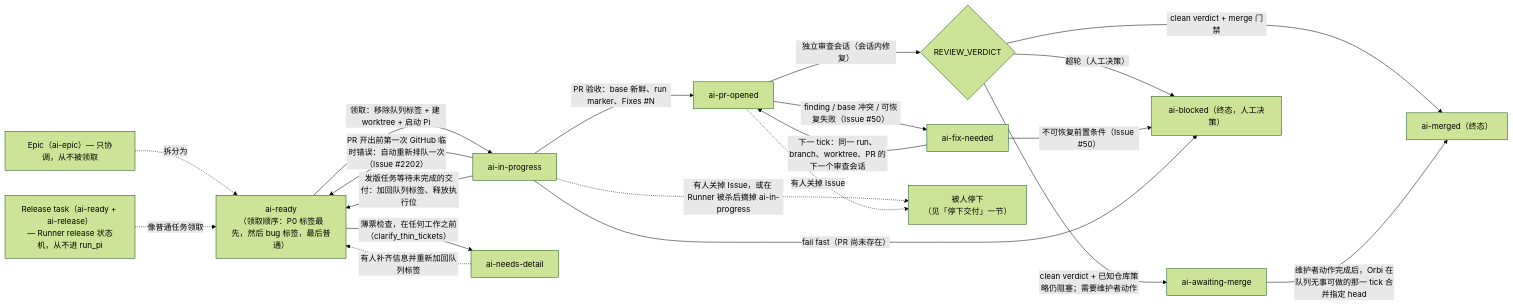
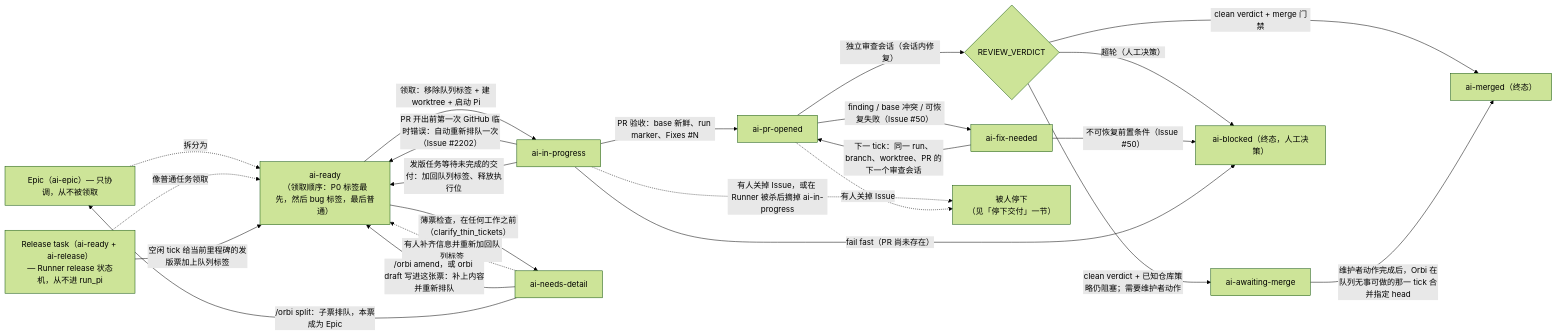
Before and after one commit to orbi-build/orbi: the diagram in docs/zh/workflow.mdx, drawn with Mermaid (forest theme). The commit also changed 1 other file, not shown here.

Commit message:
docs: draw the re-dispatch and idle release arming edges too

````diff
--- a/docs/zh/workflow.mdx
+++ b/docs/zh/workflow.mdx
@@ -28,25 +28,28 @@
 ```mermaid
 flowchart LR
   epic["Epic（ai-epic）— 只协调，从不被领取"]
   epic -.拆分为.-> ready
   release["Release task（ai-ready + ai-release）<br/>— Runner release 状态机，从不进 run_pi"]
   release -.像普通任务领取.-> ready
   ready["ai-ready<br/>（领取顺序：P0 标签最先，然后 bug 标签，最后普通）"]
   ready -->|领取：移除队列标签 + 建 worktree + 启动 Pi| progress["ai-in-progress"]
   progress -->|PR 验收：base 新鲜、run marker、Fixes #N| opened["ai-pr-opened"]
   opened -->|独立审查会话（会话内修复）| verdict{"REVIEW_VERDICT"}
   verdict -->|clean verdict + merge 门禁| merged["ai-merged（终态）"]
   verdict -->|clean verdict + 已知仓库策略仍阻塞；需要维护者动作| awaiting["ai-awaiting-merge"]
   awaiting -->|维护者动作完成后，Orbi 在队列无事可做的那一 tick 合并指定 head| merged
   verdict -->|超轮（人工决策）| blocked["ai-blocked（终态，人工决策）"]
   opened -->|finding / base 冲突 / 可恢复失败（Issue #50）| fixneeded["ai-fix-needed"]
   fixneeded -->|下一 tick：同一 run、branch、worktree、PR 的下一个审查会话| opened
   fixneeded -->|不可恢复前置条件（Issue #50）| blocked
   progress -->|fail fast（PR 尚未存在）| blocked
   ready -->|薄票检查，在任何工作之前（clarify_thin_tickets）| needsdetail["ai-needs-detail"]
   needsdetail -.->|有人补齐信息并重新加回队列标签| ready
+  needsdetail -->|/orbi amend，或 orbi draft 写进这张票：补上内容并重新排队| ready
+  needsdetail -->|/orbi split：子票排队，本票成为 Epic| epic
+  release -->|空闲 tick 给当前里程碑的发版票加上队列标签| ready
   progress -->|PR 开出前第一次 GitHub 临时错误：自动重新排队一次（Issue #2202）| ready
   progress -->|发版任务等待未完成的交付：加回队列标签、释放执行位| ready
   progress -.->|有人关掉 Issue，或在 Runner 被杀后摘掉 ai-in-progress| stopped["被人停下<br/>（见「停下交付」一节）"]
   opened -.->|有人关掉 Issue| stopped
 ```
````
